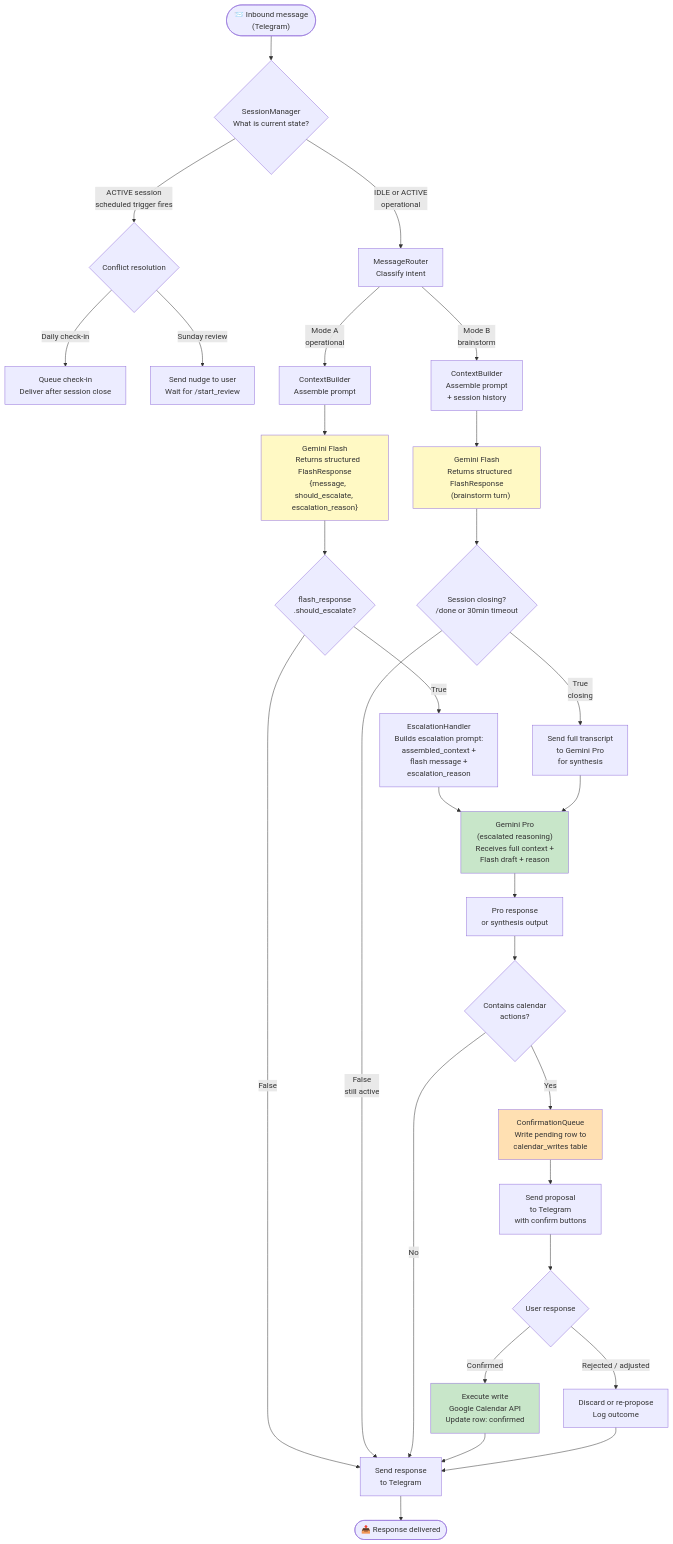
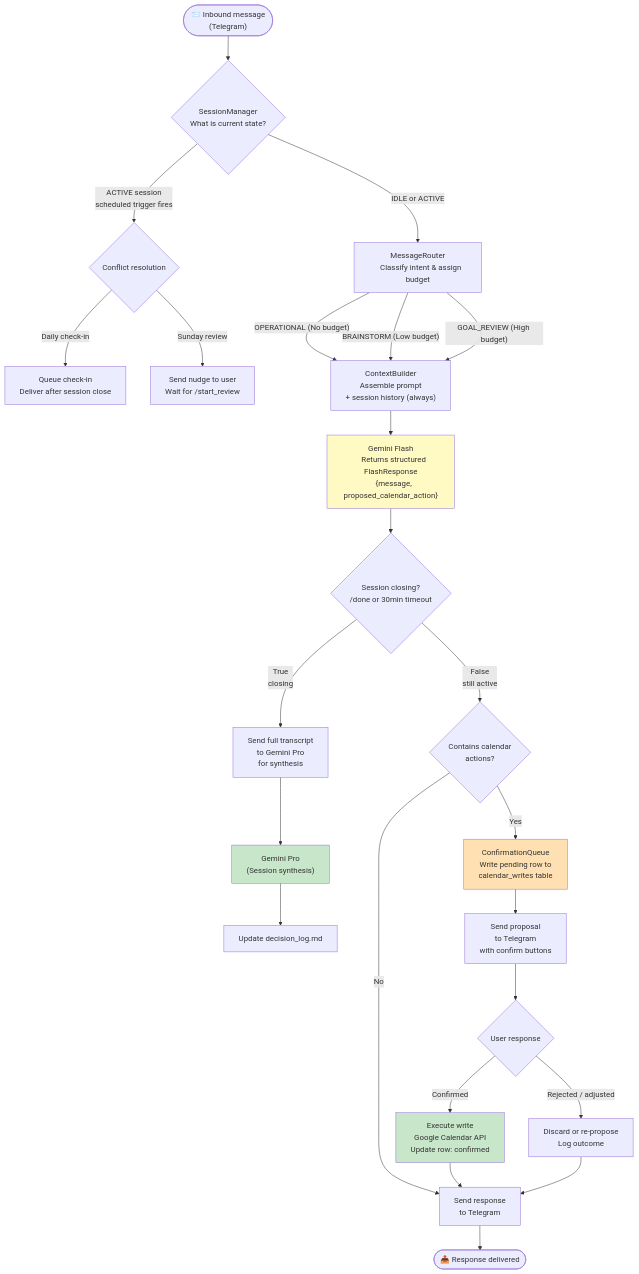
One commit to isaachuahy/david changed the second of 3 diagrams in ARCHITECTURE.md. Above: the diagram before and after it, drawn with Mermaid. The commit also changed other lines of this file and 2 other files, not shown here.

Commit message:
Added comments for clarification on trigger queue handling in trigger_scheduler.py. Changed design_doc and architecture markdowns to reflect EscalationHandler changes

```diff
--- a/ARCHITECTURE.md
+++ b/ARCHITECTURE.md
@@ -47,9 +47,8 @@
     A --> B{"SessionManager
     What is current state?"}
 
-    B -- "IDLE or ACTIVE
-    operational" --> C["MessageRouter
-    Classify intent"]
+    B -- "IDLE or ACTIVE" --> C["MessageRouter
+    Classify intent & assign budget"]
     B -- "ACTIVE session
     scheduled trigger fires" --> D{"Conflict resolution"}
 
@@ -58,54 +57,34 @@
     D -- "Sunday review" --> D2["Send nudge to user
     Wait for /start_review"]
 
-    C -- "Mode A
-    operational" --> E["ContextBuilder
-    Assemble prompt"]
-    C -- "Mode B
-    brainstorm" --> F["ContextBuilder
+    C -- "OPERATIONAL (No budget)" --> E
+    C -- "BRAINSTORM (Low budget)" --> E
+    C -- "GOAL_REVIEW (High budget)" --> E
+
+    E["ContextBuilder
     Assemble prompt
-    + session history"]
+    + session history (always)"] --> G["Gemini Flash
+    Returns structured FlashResponse
+    {message, proposed_calendar_action}"]
 
-    E --> G["Gemini Flash
-    Returns structured FlashResponse
-    {message, should_escalate, escalation_reason}"]
-    F --> H["Gemini Flash
-    Returns structured FlashResponse
-    (brainstorm turn)"]
-
-    G --> I{"flash_response
-    .should_escalate?"}
-    H --> J{"Session closing?
+    G --> J{"Session closing?
     /done or 30min timeout"}
 
-    I -- "False" --> K["Send response
-    to Telegram"]
-    I -- "True" --> L["EscalationHandler
-    Builds escalation prompt:
-    assembled_context +
-    flash message +
-    escalation_reason"]
-
     J -- "False
-    still active" --> K
+    still active" --> P{"Contains calendar
+    actions?"}
     J -- "True
     closing" --> M["Send full transcript
     to Gemini Pro
     for synthesis"]
 
-    L --> N["Gemini Pro
-    (escalated reasoning)
-    Receives full context +
-    Flash draft + reason"]
-    M --> N
+    M --> N["Gemini Pro
+    (Session synthesis)"]
 
-    N --> O["Pro response
-    or synthesis output"]
+    N --> O["Update decision_log.md"]
 
-    O --> P{"Contains calendar
-    actions?"}
-
-    P -- "No" --> K
+    P -- "No" --> K["Send response
+    to Telegram"]
     P -- "Yes" --> Q["ConfirmationQueue
     Write pending row to
     calendar_writes table"]
@@ -128,7 +107,6 @@
     K --> V(["📤 Response delivered"])
 
     style N fill:#c8e6c9
-    style H fill:#fff9c4
     style G fill:#fff9c4
     style Q fill:#ffe0b2
     style T fill:#c8e6c9
```
